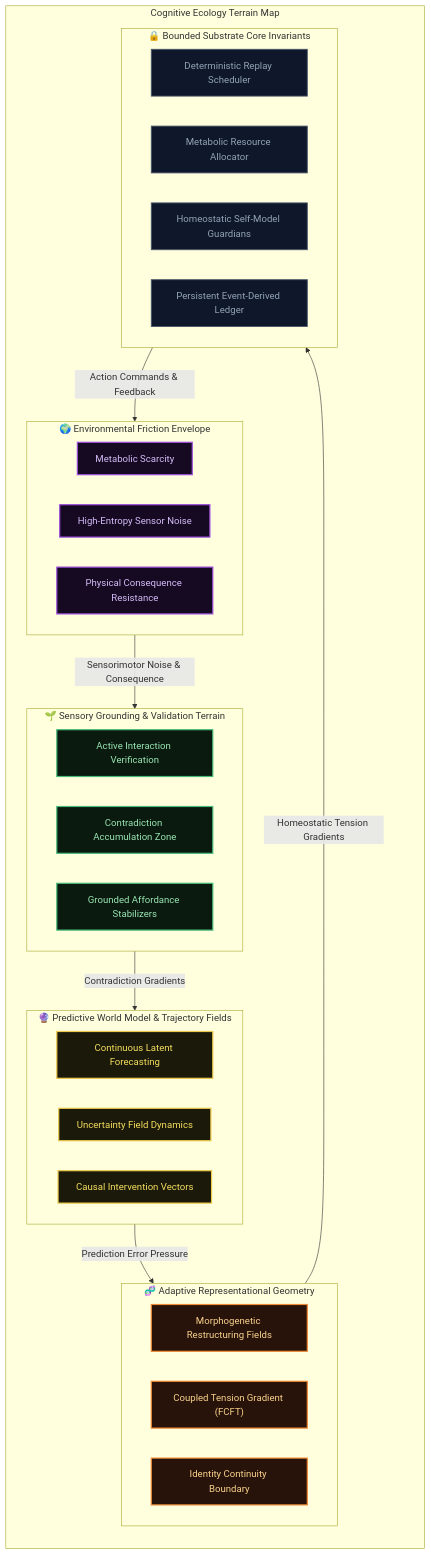
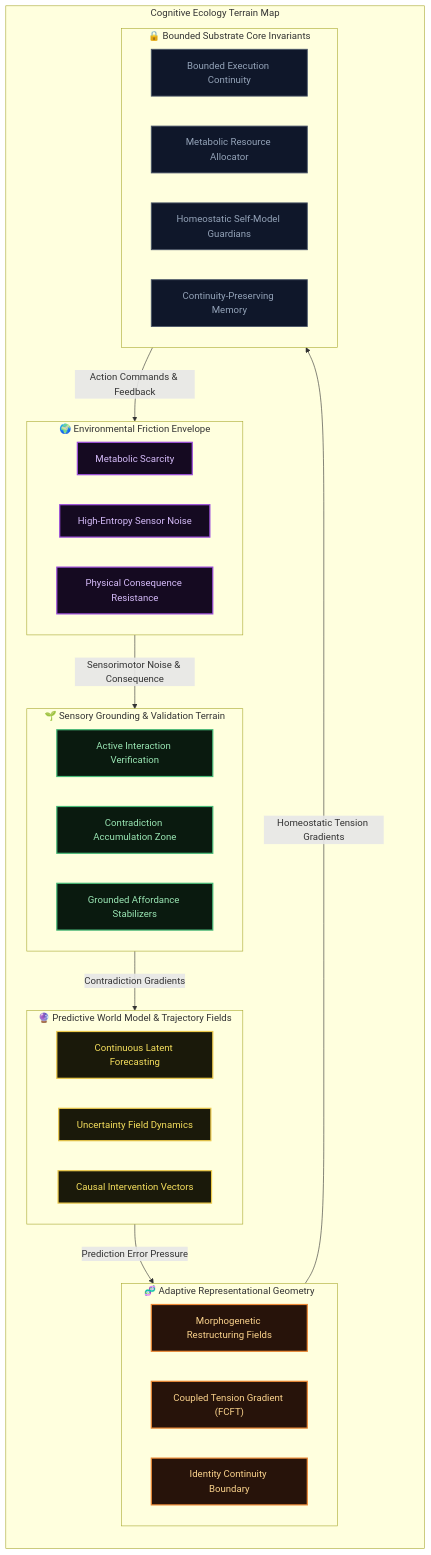
The third of 9 diagrams in docs/architecture.md (rk-roshan-kr/Earthos-public), drawn with Mermaid before and after one commit. The commit also changed other lines of this file, not shown here.

Commit message:
docs: complete final master rewrite of architecture.md

````diff
--- a/docs/architecture.md
+++ b/docs/architecture.md
@@ -116,60 +118,60 @@
 ```mermaid
 graph TD
     classDef env fill:#150a21,stroke:#9d4edd,stroke-width:2px,color:#d6bcfa;
     classDef ground fill:#0a1a0f,stroke:#48bb78,stroke-width:2px,color:#9ae6b4;
     classDef model fill:#1a190a,stroke:#ecc94b,stroke-width:2px,color:#f6e05e;
     classDef field fill:#0a1128,stroke:#00f2fe,stroke-width:2px,color:#90cdf4;
     classDef core fill:#0f172a,stroke:#4a5568,stroke-width:1.5px,color:#94a3b8;
     classDef frontier fill:#27130a,stroke:#ed8936,stroke-width:2px,color:#fbd38d;
 
     subgraph ECO_TERRAIN ["Cognitive Ecology Terrain Map"]
         direction TB
 
         %% Environmental envelope
         subgraph ENV_PRESSURE ["🌍 Environmental Friction Envelope"]
             direction LR
             Scarcity["Metabolic Scarcity"]:::env
             Noise["High-Entropy Sensor Noise"]:::env
             Resistance["Physical Consequence Resistance"]:::env
         end
 
         %% Grounding region
         subgraph GROUNDING_ZONE ["🌱 Sensory Grounding & Validation Terrain"]
             direction LR
             Verification["Active Interaction Verification"]:::ground
             Contradiction["Contradiction Accumulation Zone"]:::ground
             Affordance["Grounded Affordance Stabilizers"]:::ground
         end
 
         %% Prediction loops
         subgraph PREDICTIVE_FIELDS ["🔮 Predictive World Model & Trajectory Fields"]
             direction LR
             Forecasting["Continuous Latent Forecasting"]:::model
             Uncertainty["Uncertainty Field Dynamics"]:::model
             Intervention["Causal Intervention Vectors"]:::model
         end
 
         %% Representation frontier
         subgraph REPR_FRONTIER ["🧬 Adaptive Representational Geometry"]
             direction LR
             Morph["Morphogenetic Restructuring Fields"]:::frontier
             Tension["Coupled Tension Gradient (FCFT)"]:::frontier
             Identity["Identity Continuity Boundary"]:::frontier
         end
 
         %% Persistent Core
         subgraph CORE_INVARIANTS ["🔒 Bounded Substrate Core Invariants"]
             direction LR
-            Scheduler["Deterministic Replay Scheduler"]:::core
+            Scheduler["Bounded Execution Continuity"]:::core
             Economics["Metabolic Resource Allocator"]:::core
             Epistemic["Homeostatic Self-Model Guardians"]:::core
-            Ledger["Persistent Event-Derived Ledger"]:::core
+            Ledger["Continuity-Preserving Memory"]:::core
         end
 
         ENV_PRESSURE -->|Sensorimotor Noise & Consequence| GROUNDING_ZONE
         GROUNDING_ZONE -->|Contradiction Gradients| PREDICTIVE_FIELDS
         PREDICTIVE_FIELDS -->|Prediction Error Pressure| REPR_FRONTIER
         REPR_FRONTIER -->|Homeostatic Tension Gradients| CORE_INVARIANTS
         CORE_INVARIANTS -->|Action Commands & Feedback| ENV_PRESSURE
     end
 ```
````
